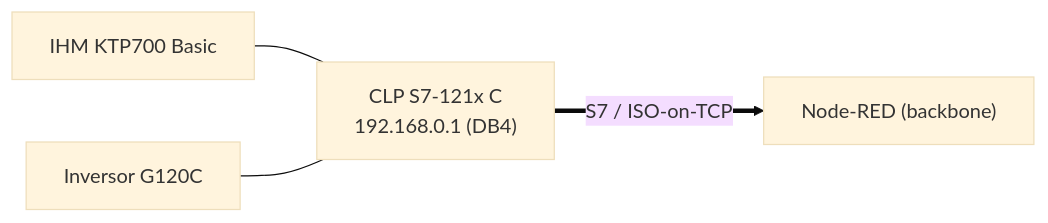
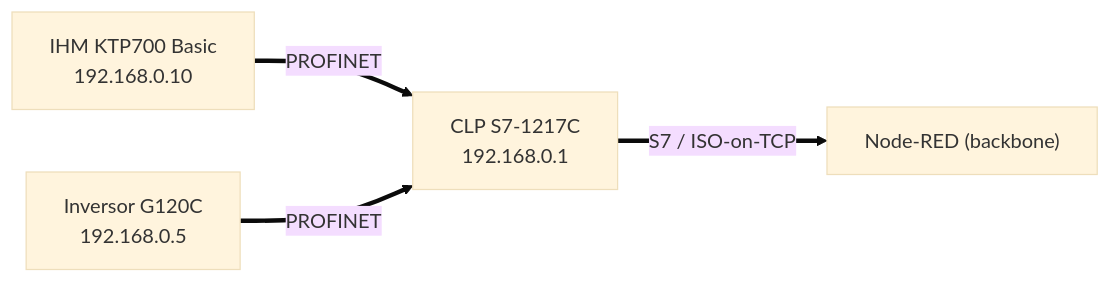
The first of 2 diagrams in NEXUS/rede-profinet/README.md (Scheeffer/Projeto_Comunicacao_de_Dados), drawn with Mermaid (base theme) before and after one commit. The commit also changed other lines of this file, not shown here.

````diff
--- a/NEXUS/rede-profinet/README.md
+++ b/NEXUS/rede-profinet/README.md
@@ -44,6 +44,6 @@
 ```mermaid
 flowchart LR
-    IHM["IHM KTP700 Basic"] --- PLC["CLP S7-121x C<br/>192.168.0.1 (DB4)"]
-    G120["Inversor G120C"] --- PLC
+    IHM["IHM KTP700 Basic<br/>192.168.0.10"] == "PROFINET" ==> PLC["CLP S7-1217C<br/>192.168.0.1"]
+    G120["Inversor G120C<br/>192.168.0.5"] == "PROFINET" ==> PLC
     PLC == "S7 / ISO-on-TCP" ==> NR["Node-RED (backbone)"]
 ```
````
